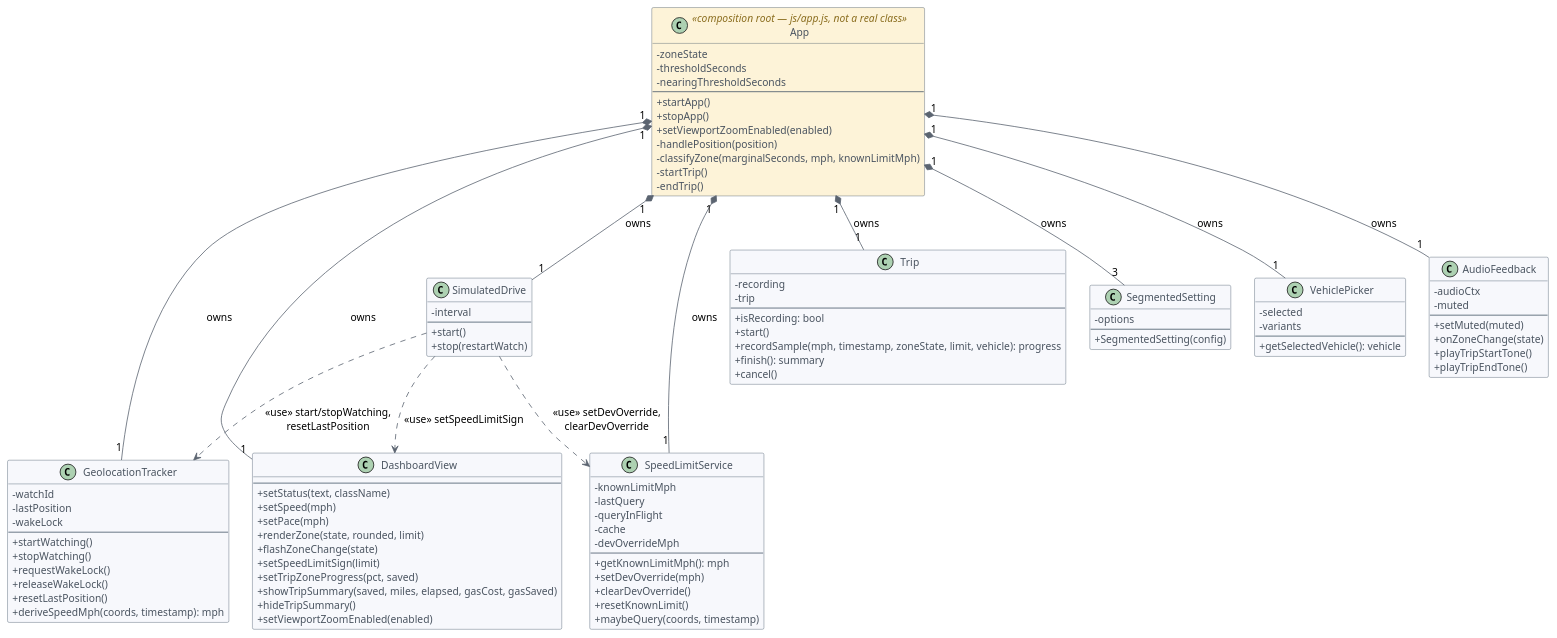
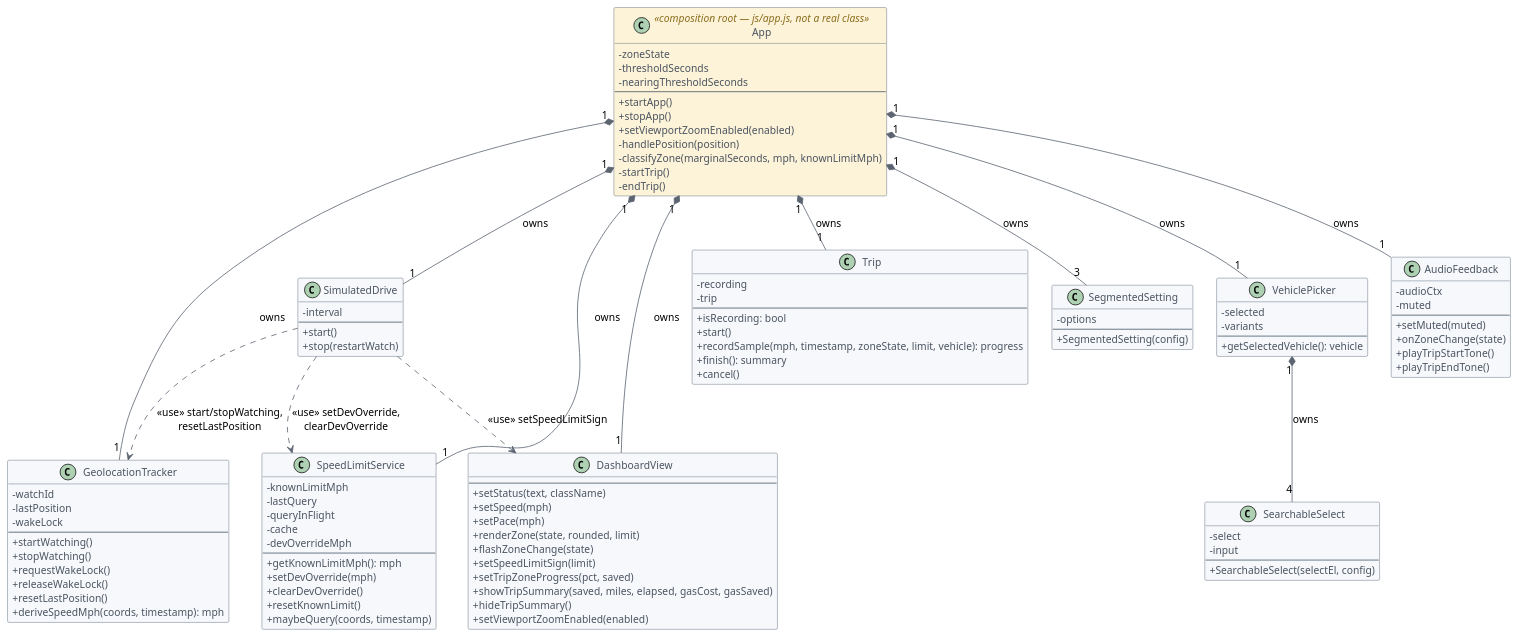
Before and after one commit to ysfrknzydn/paceometer-app: the diagram in docs/diagrams/class-diagram.puml, drawn with PlantUML. The commit also changed 15 other files, not shown here.

Commit message:
Add autocomplete vehicle picker, trips update/delete RLS policies

```diff
--- a/docs/diagrams/class-diagram.puml
+++ b/docs/diagrams/class-diagram.puml
@@ -1,128 +1,136 @@
 @startuml
 skinparam shadowing false
 skinparam roundCorner 4
 skinparam defaultFontName Helvetica
 skinparam defaultFontSize 13
 skinparam classAttributeIconSize 0
 skinparam nodesep 30
 skinparam ranksep 50
 
 skinparam class {
   BorderColor #445566
   BackgroundColor #F7F8FC
   ArrowColor #5B6470
   FontColor #2A3540
   AttributeFontColor #4A5460
   StereotypeFontColor #8A6D1E
 }
 
 class App <<composition root — js/app.js, not a real class>> #FDF3D8 {
   - zoneState
   - thresholdSeconds
   - nearingThresholdSeconds
   --
   + startApp()
   + stopApp()
   + setViewportZoomEnabled(enabled)
   - handlePosition(position)
   - classifyZone(marginalSeconds, mph, knownLimitMph)
   - startTrip()
   - endTrip()
 }
 
 class GeolocationTracker {
   - watchId
   - lastPosition
   - wakeLock
   --
   + startWatching()
   + stopWatching()
   + requestWakeLock()
   + releaseWakeLock()
   + resetLastPosition()
   + deriveSpeedMph(coords, timestamp): mph
 }
 
 class SpeedLimitService {
   - knownLimitMph
   - lastQuery
   - queryInFlight
   - cache
   - devOverrideMph
   --
   + getKnownLimitMph(): mph
   + setDevOverride(mph)
   + clearDevOverride()
   + resetKnownLimit()
   + maybeQuery(coords, timestamp)
 }
 
 class Trip {
   - recording
   - trip
   --
   + isRecording: bool
   + start()
   + recordSample(mph, timestamp, zoneState, limit, vehicle): progress
   + finish(): summary
   + cancel()
 }
 
 class DashboardView {
   --
   + setStatus(text, className)
   + setSpeed(mph)
   + setPace(mph)
   + renderZone(state, rounded, limit)
   + flashZoneChange(state)
   + setSpeedLimitSign(limit)
   + setTripZoneProgress(pct, saved)
   + showTripSummary(saved, miles, elapsed, gasCost, gasSaved)
   + hideTripSummary()
   + setViewportZoomEnabled(enabled)
 }
 
 class SegmentedSetting {
   - options
   --
   + SegmentedSetting(config)
 }
 
 class VehiclePicker {
   - selected
   - variants
   --
   + getSelectedVehicle(): vehicle
 }
 
+class SearchableSelect {
+  - select
+  - input
+  --
+  + SearchableSelect(selectEl, config)
+}
+
 class AudioFeedback {
   - audioCtx
   - muted
   --
   + setMuted(muted)
   + onZoneChange(state)
   + playTripStartTone()
   + playTripEndTone()
 }
 
 class SimulatedDrive {
   - interval
   --
   + start()
   + stop(restartWatch)
 }
 
 App "1" *-down- "1" GeolocationTracker : owns
 App "1" *-down- "1" SpeedLimitService : owns
 App "1" *-down- "1" Trip : owns
 App "1" *-down- "1" DashboardView : owns
 App "1" *-down- "3" SegmentedSetting : owns
 App "1" *-down- "1" VehiclePicker : owns
+VehiclePicker "1" *-down- "4" SearchableSelect : owns
 App "1" *-down- "1" AudioFeedback : owns
 App "1" *-down- "1" SimulatedDrive : owns
 
 SimulatedDrive ..> GeolocationTracker : «use» start/stopWatching,\nresetLastPosition
 SimulatedDrive ..> SpeedLimitService : «use» setDevOverride,\nclearDevOverride
 SimulatedDrive ..> DashboardView : «use» setSpeedLimitSign
 
 @enduml
```
